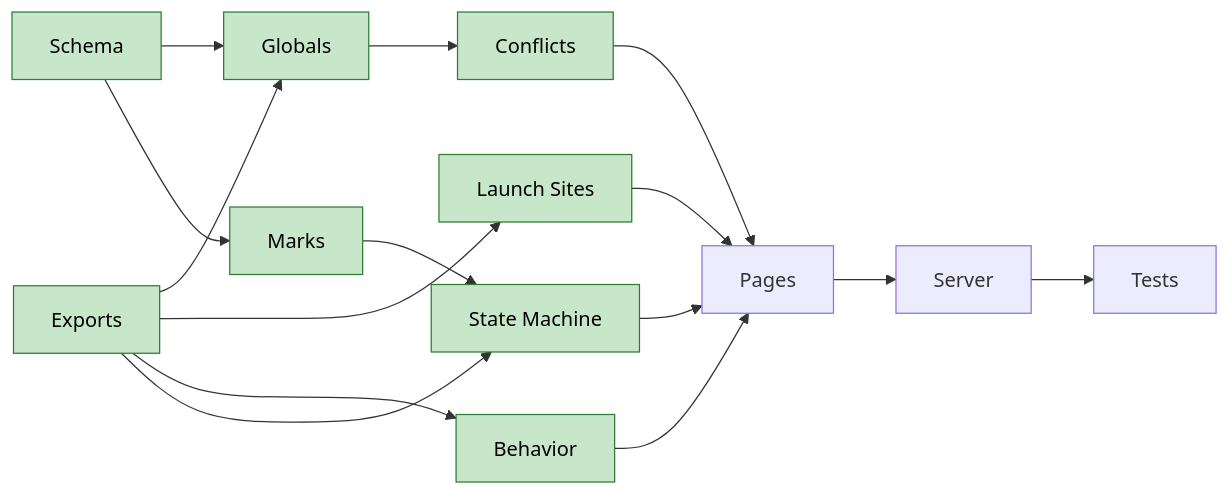
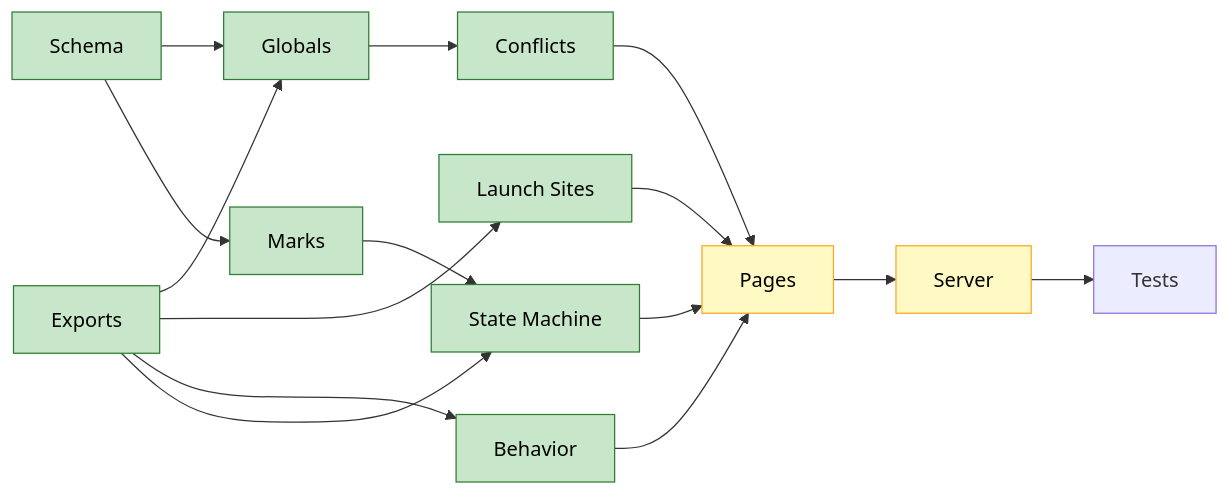
One commit to chances/eventide-chronicles changed the third of 3 diagrams in .agents/plans/mission-baseline.md. Above: the diagram before and after it, drawn with Mermaid. The commit also changed other lines of this file and 17 other files, not shown here.

First line of the commit message:
Refactor mission charts into an IDE workspace

````diff
--- a/.agents/plans/mission-baseline.md
+++ b/.agents/plans/mission-baseline.md
@@ -236,21 +242,22 @@
 ```mermaid
 flowchart LR
     Schema --> Globals
     Schema --> Marks
     Exports --> Globals
     Exports --> LaunchSites["Launch Sites"]
     Exports --> Behavior
     Exports --> StateMachine["State Machine"]
     Globals --> Conflicts
     Marks --> StateMachine
     LaunchSites --> Pages
     Conflicts --> Pages
     StateMachine --> Pages
     Behavior --> Pages
     Pages --> Server
     Server --> Tests
     classDef done fill:#c8e6c9,stroke:#2e7d32,color:#000
     class Schema,Exports,Globals,LaunchSites,Marks done
     class Behavior,Conflicts,StateMachine done
     classDef wip fill:#fff9c4,stroke:#f9a825,color:#000
+    class Pages,Server wip
 ```
````
